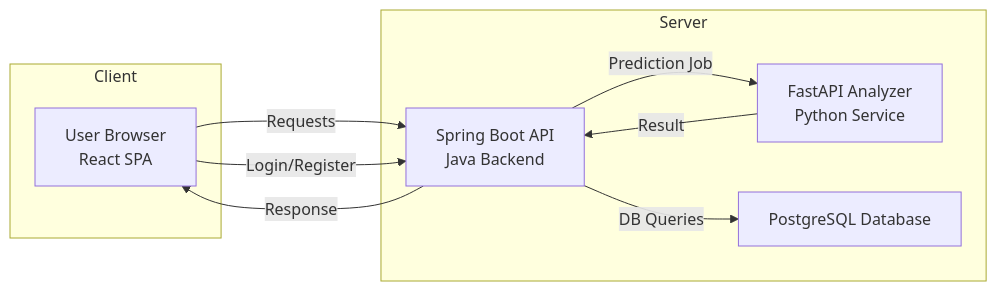
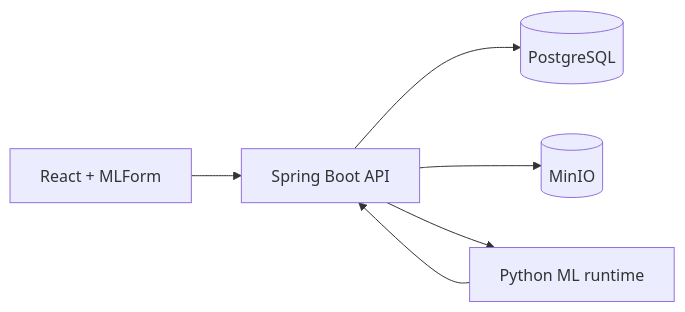
The diagram in README.md (UlloaSP/mlsuite), drawn with Mermaid before and after one commit. The commit also changed other lines of this file and 14 other files, not shown here.

````diff
--- a/README.md
+++ b/README.md
@@ -121,17 +150,8 @@
 ```mermaid
 flowchart LR
-    subgraph Client
-      UI[User Browser<br/> React SPA]
-    end
-    subgraph Server
-      API[Spring Boot API<br/> Java Backend ]
-      ML[FastAPI Analyzer<br/> Python Service ]
-      DB[PostgreSQL Database]
-    end
-    UI --Requests--> API
-    UI --Login/Register--> API
-    API --DB Queries--> DB
-    API --Prediction Job--> ML
-    ML --Result--> API
-    API --Response--> UI
+    UI[React + MLForm] --> API[Spring Boot API]
+    API --> DB[(PostgreSQL)]
+    API --> STORE[(MinIO)]
+    API --> ML[Python ML runtime]
+    ML --> API
 ```
````
